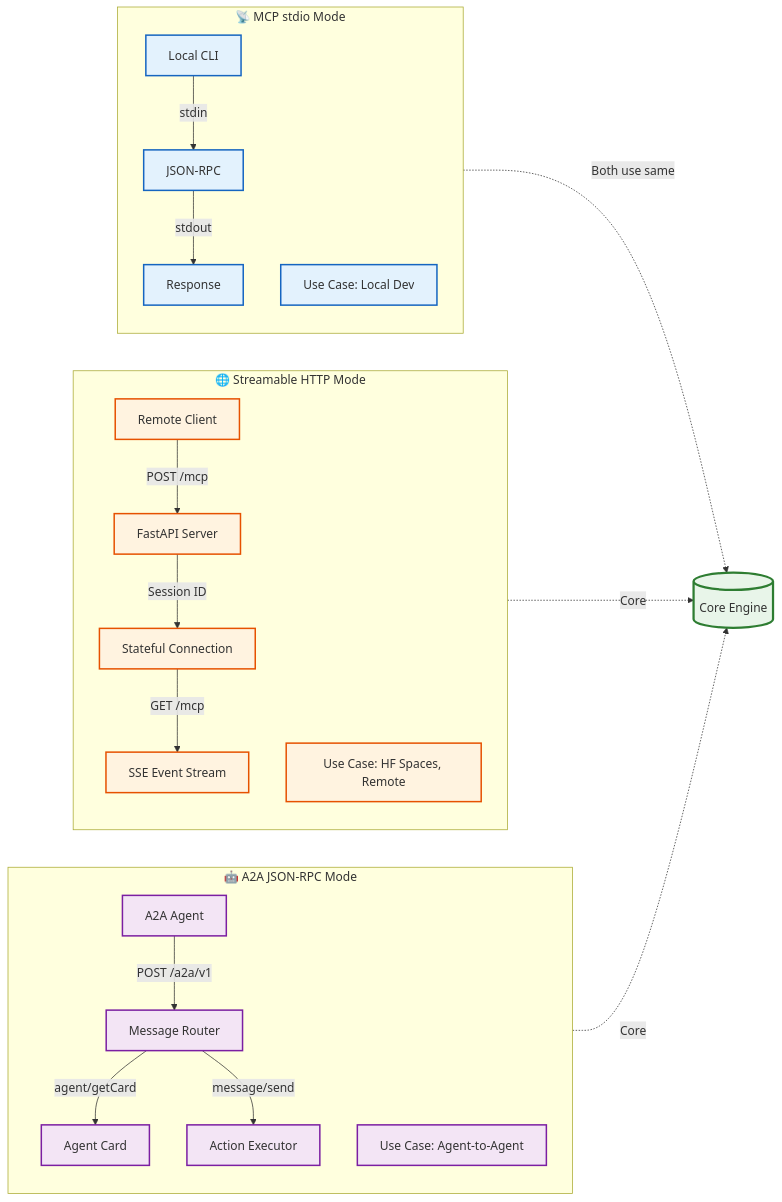
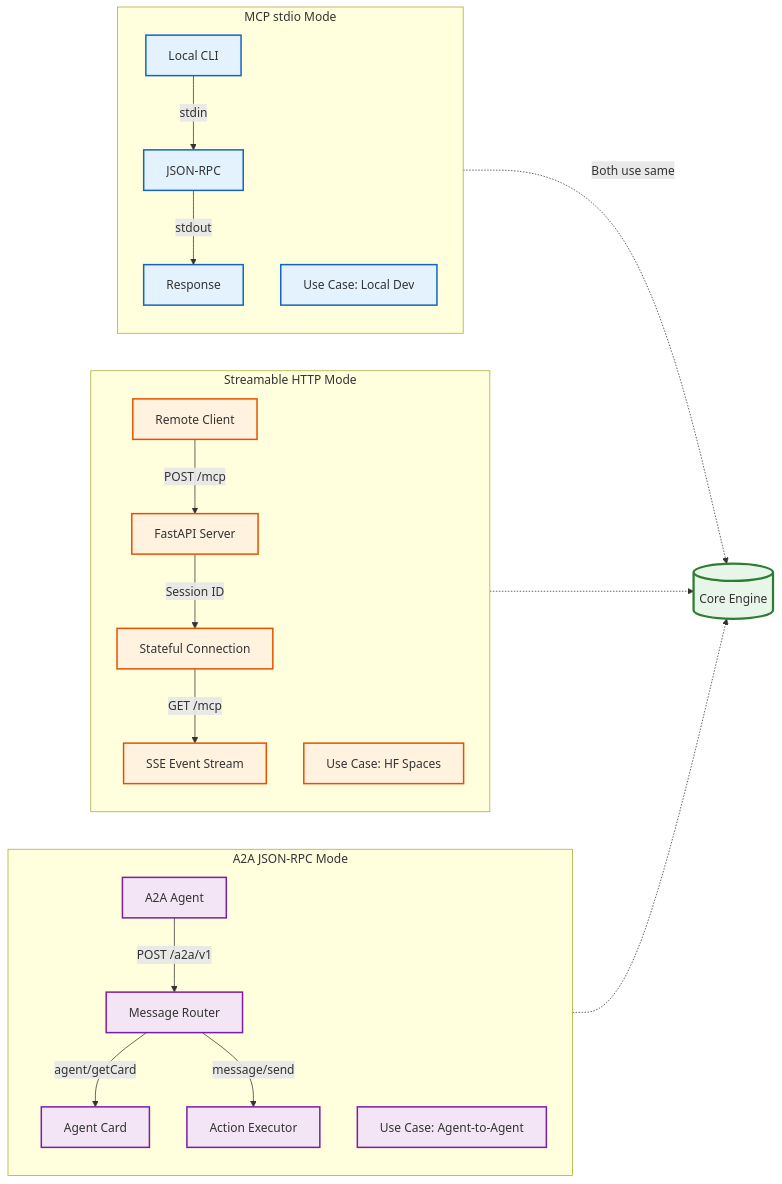
Before and after one commit to OpenSIN-Code/SIN-Code: the fourth of 15 diagrams in legacy/simone-mcp/docs/architecture.md, drawn with Mermaid. The commit also changed other lines of this file, not shown here.

First line of the commit message:
Fix ALL Mermaid diagram syntax errors - enterprise-level compliance

````diff
--- a/legacy/simone-mcp/docs/architecture.md
+++ b/legacy/simone-mcp/docs/architecture.md
@@ -157,39 +161,39 @@
 ```mermaid
-graph LR
-    subgraph STDIO["📡 MCP stdio Mode"]
+flowchart LR
+    subgraph STDIO["MCP stdio Mode"]
         direction TB
-        S1[Local CLI] -->|stdin| S2[JSON-RPC]
-        S2 -->|stdout| S3[Response]
-        S4[Use Case: Local Dev]
+        S1["Local CLI"] -->|stdin| S2["JSON-RPC"]
+        S2 -->|stdout| S3["Response"]
+        S4["Use Case: Local Dev"]
     end
 
-    subgraph HTTP["🌐 Streamable HTTP Mode"]
+    subgraph HTTPMODE["Streamable HTTP Mode"]
         direction TB
-        H1[Remote Client] -->|POST /mcp| H2[FastAPI Server]
-        H2 -->|Session ID| H3[Stateful Connection]
-        H3 -->|GET /mcp| H4[SSE Event Stream]
-        H5[Use Case: HF Spaces, Remote]
+        H1["Remote Client"] -->|POST /mcp| H2["FastAPI Server"]
+        H2 -->|Session ID| H3["Stateful Connection"]
+        H3 -->|GET /mcp| H4["SSE Event Stream"]
+        H5["Use Case: HF Spaces"]
     end
 
-    subgraph A2A["🤖 A2A JSON-RPC Mode"]
+    subgraph A2AMODE["A2A JSON-RPC Mode"]
         direction TB
-        A1[A2A Agent] -->|POST /a2a/v1| A2[Message Router]
-        A2 -->|agent/getCard| A3[Agent Card]
-        A2 -->|message/send| A4[Action Executor]
-        A5[Use Case: Agent-to-Agent]
+        A1["A2A Agent"] -->|POST /a2a/v1| A2["Message Router"]
+        A2 -->|agent/getCard| A3["Agent Card"]
+        A2 -->|message/send| A4["Action Executor"]
+        A5["Use Case: Agent-to-Agent"]
     end
 
-    STDIO -.->|Both use same| CORE[(Core Engine)]
-    HTTP -.->|Core| CORE
-    A2A -.->|Core| CORE
+    STDIO -.->|Both use same| CORE[("Core Engine")]
+    HTTPMODE -.-> CORE
+    A2AMODE -.-> CORE
 
-    classDef stdio fill:#e3f2fd,stroke:#1565c0,stroke-width:2px
-    classDef http fill:#fff3e0,stroke:#e65100,stroke-width:2px
-    classDef a2a fill:#f3e5f5,stroke:#7b1fa2,stroke-width:2px
-    classDef core fill:#e8f5e9,stroke:#2e7d32,stroke-width:3px
+    classDef stdioClass fill:#e3f2fd,stroke:#1565c0,stroke-width:2px
+    classDef httpClass fill:#fff3e0,stroke:#e65100,stroke-width:2px
+    classDef a2aClass fill:#f3e5f5,stroke:#7b1fa2,stroke-width:2px
+    classDef coreClass fill:#e8f5e9,stroke:#2e7d32,stroke-width:3px
 
-    class S1,S2,S3,S4 stdio
-    class H1,H2,H3,H4,H5 http
-    class A1,A2,A3,A4,A5 a2a
-    class CORE core
+    class S1,S2,S3,S4 stdioClass
+    class H1,H2,H3,H4,H5 httpClass
+    class A1,A2,A3,A4,A5 a2aClass
+    class CORE coreClass
 ```
````
